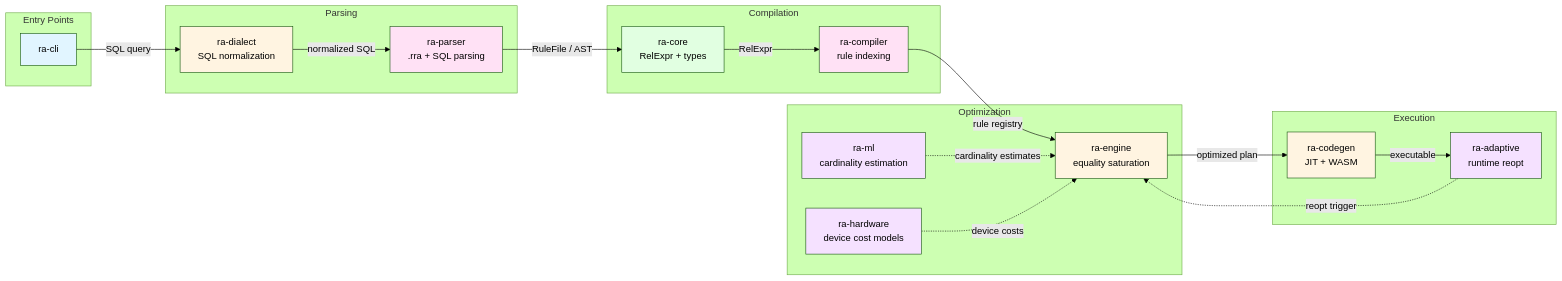
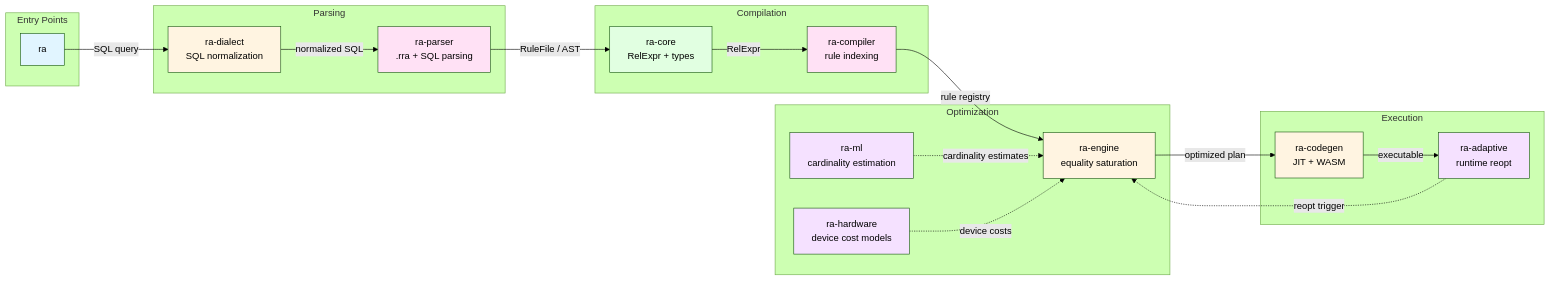
One commit to gburd/ra changed the fourth of 8 diagrams in docs/architecture.md. Above: the diagram before and after it, drawn with Mermaid (forest theme). The commit also changed other lines of this file and 40 other files, not shown here.

````diff
--- a/docs/architecture.md
+++ b/docs/architecture.md
@@ -228,63 +228,63 @@
 ```mermaid
 flowchart LR
     subgraph Entry["Entry Points"]
-        CLI["ra-cli"]
+        CLI["ra"]
     end
 
     subgraph Parse["Parsing"]
         Dialect["ra-dialect<br/>SQL normalization"]
         Parser["ra-parser<br/>.rra + SQL parsing"]
     end
 
     subgraph Compile["Compilation"]
         Compiler["ra-compiler<br/>rule indexing"]
         Core["ra-core<br/>RelExpr + types"]
     end
 
     subgraph Optimize["Optimization"]
         Engine["ra-engine<br/>equality saturation"]
         ML["ra-ml<br/>cardinality estimation"]
         HW["ra-hardware<br/>device cost models"]
     end
 
     subgraph Execute["Execution"]
         Codegen["ra-codegen<br/>JIT + WASM"]
         Adaptive["ra-adaptive<br/>runtime reopt"]
     end
 
     CLI -->|SQL query| Dialect
 
     Dialect -->|normalized SQL| Parser
     Parser -->|RuleFile / AST| Core
     Core -->|RelExpr| Compiler
     Compiler -->|rule registry| Engine
 
     ML -.->|cardinality estimates| Engine
     HW -.->|device costs| Engine
 
     Engine -->|optimized plan| Codegen
     Codegen -->|executable| Adaptive
     Adaptive -.->|reopt trigger| Engine
 
     click CLI "/ra/maintainers/cli-reference" "CLI Documentation"
     click Dialect "/ra/architecture#ra-dialect" "SQL Dialect"
     click Parser "/ra/architecture#ra-parser" "SQL Parser"
     click Core "/ra/architecture#ra-core" "Core Types"
     click Compiler "/ra/architecture#ra-compiler" "Rule Compiler"
     click Engine "/ra/architecture#ra-engine" "Optimization Engine"
     click ML "/ra/architecture#ra-ml" "ML Estimation"
     click HW "/ra/architecture#ra-hardware" "Hardware Costs"
     click Codegen "/ra/architecture#ra-codegen" "Code Generation"
     click Adaptive "/ra/architecture#ra-adaptive" "Adaptive Execution"
 
     style CLI fill:#e1f5ff,color:#000
     style Dialect fill:#fff4e1,color:#000
     style Parser fill:#ffe1f5,color:#000
     style Core fill:#e1ffe1,color:#000
     style Compiler fill:#ffe1f5,color:#000
     style Engine fill:#fff4e1,color:#000
     style ML fill:#f5e1ff,color:#000
     style HW fill:#f5e1ff,color:#000
     style Codegen fill:#fff4e1,color:#000
     style Adaptive fill:#f5e1ff,color:#000
 ```
````
